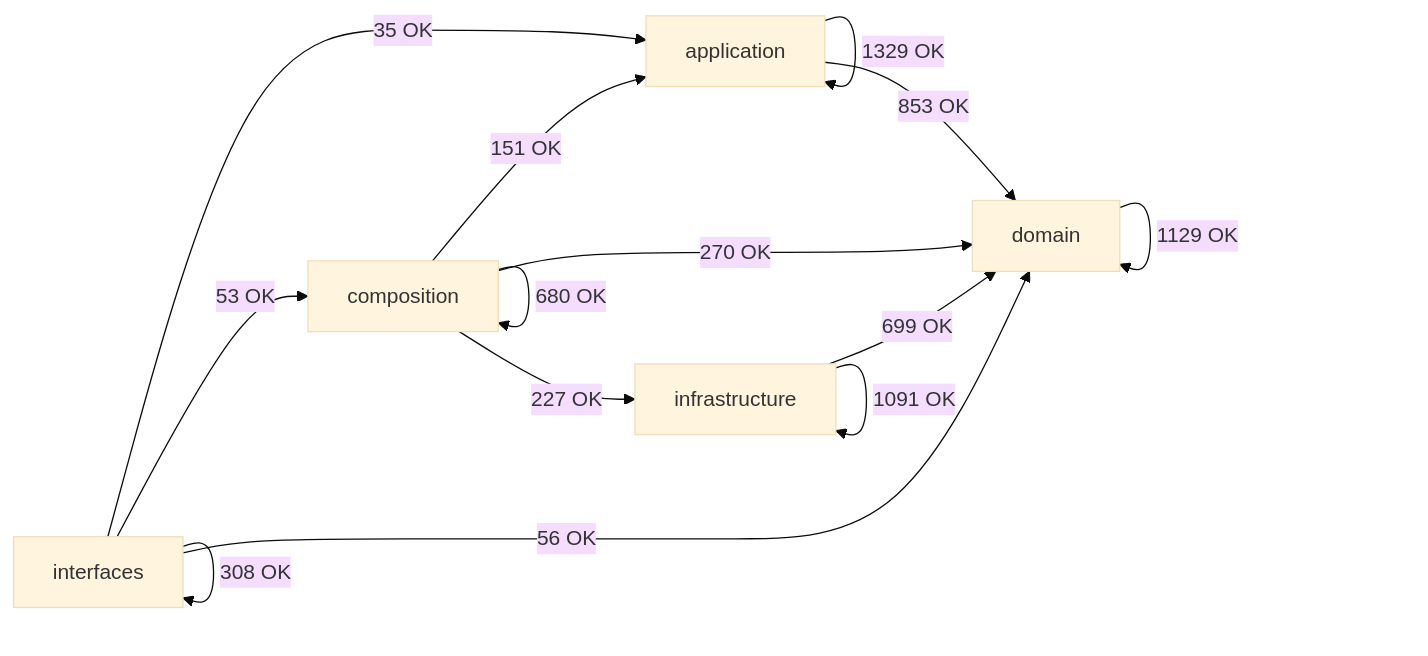
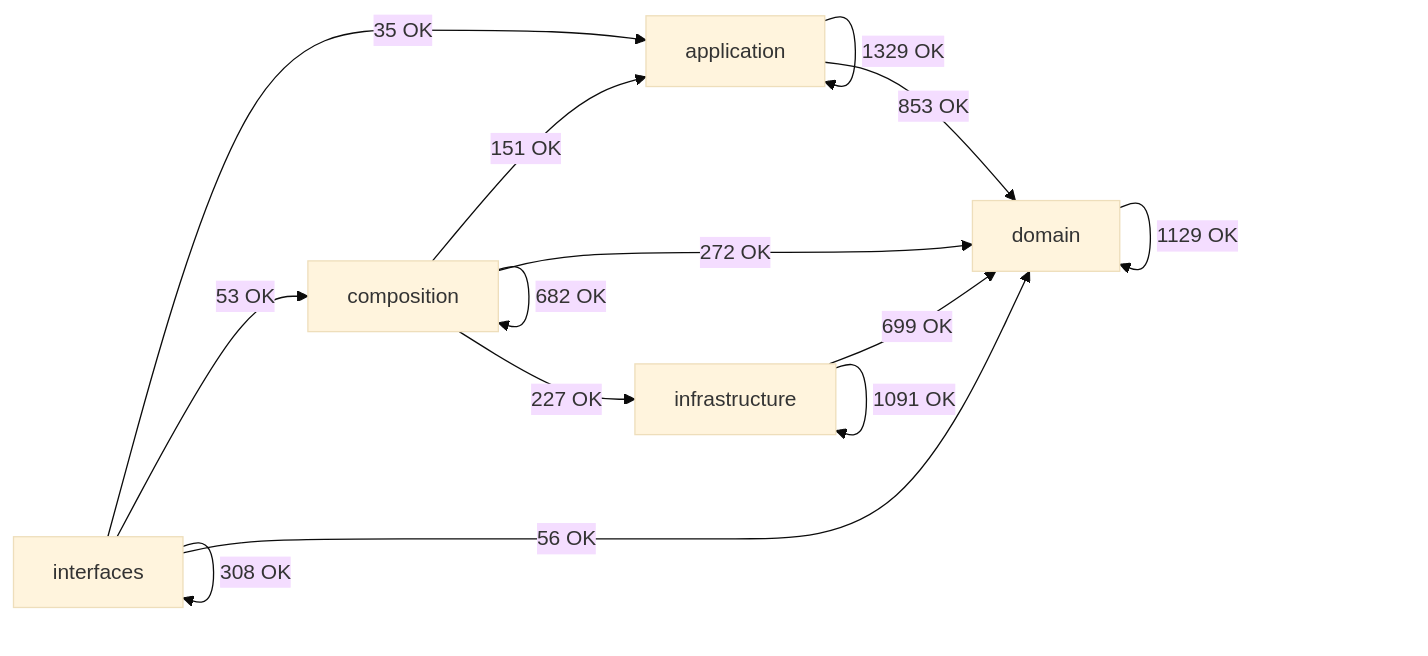
One commit to SatoryKono/BioactivityDataAcquisition changed the diagram in docs/02-architecture/generated/module-dependency-map.md. Above: the diagram before and after it, drawn with Mermaid (base theme). The commit also changed other lines of this file and 22 other files, not shown here.

````diff
--- a/docs/02-architecture/generated/module-dependency-map.md
+++ b/docs/02-architecture/generated/module-dependency-map.md
@@ -17,21 +17,21 @@
 ```mermaid
 flowchart LR
     domain[domain]
     application[application]
     infrastructure[infrastructure]
     composition[composition]
     interfaces[interfaces]
     application -->|1329 OK| application
     application -->|853 OK| domain
     composition -->|151 OK| application
-    composition -->|680 OK| composition
-    composition -->|270 OK| domain
+    composition -->|682 OK| composition
+    composition -->|272 OK| domain
     composition -->|227 OK| infrastructure
     domain -->|1129 OK| domain
     infrastructure -->|699 OK| domain
     infrastructure -->|1091 OK| infrastructure
     interfaces -->|35 OK| application
     interfaces -->|53 OK| composition
     interfaces -->|56 OK| domain
     interfaces -->|308 OK| interfaces
 ```
````
